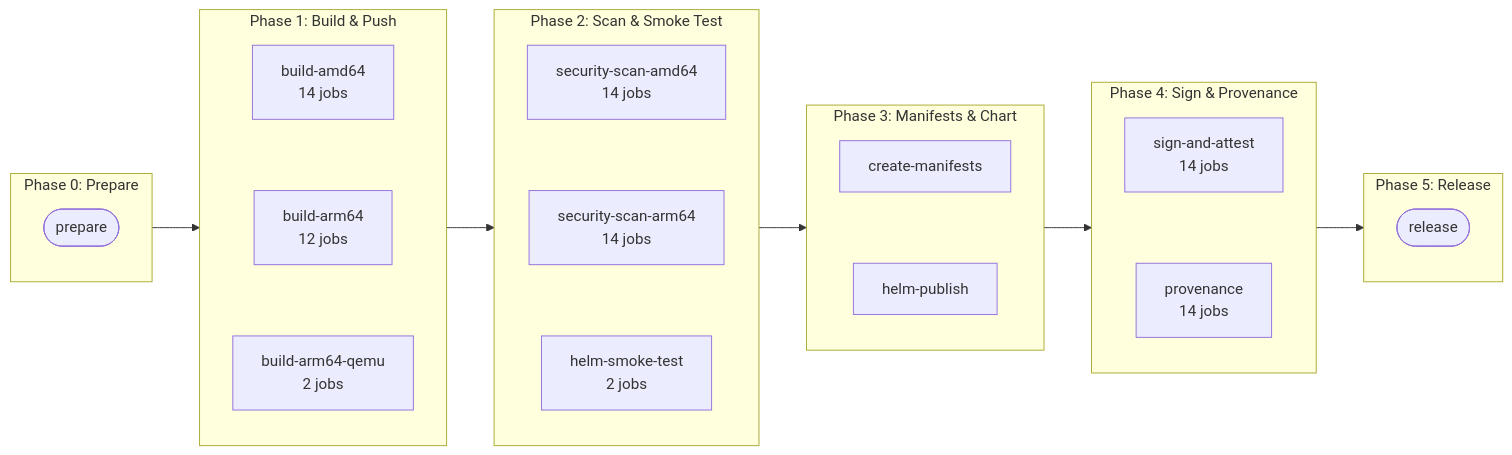
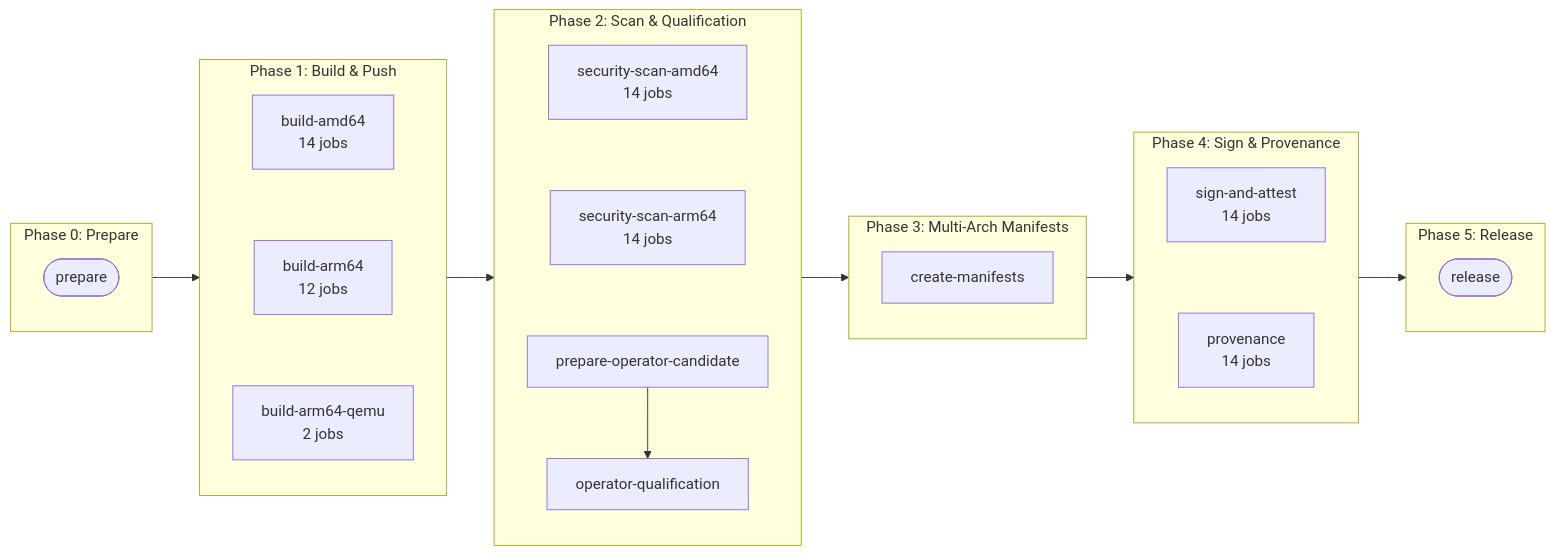
One commit to jordigilh/kubernaut changed the second of 2 diagrams in docs/development/release/RELEASE_GUIDE.md. Above: the diagram before and after it, drawn with Mermaid. The commit also changed other lines of this file and 20 other files, not shown here.

````diff
--- a/docs/development/release/RELEASE_GUIDE.md
+++ b/docs/development/release/RELEASE_GUIDE.md
@@ -434,42 +431,42 @@
 ```mermaid
 flowchart LR
     subgraph P0["Phase 0: Prepare"]
         prepare(["prepare"])
     end
 
     subgraph P1["Phase 1: Build & Push"]
         direction TB
         buildamd64["build-amd64\n14 jobs"]
         buildarm64["build-arm64\n12 jobs"]
         buildarm64qemu["build-arm64-qemu\n2 jobs"]
         buildamd64 ~~~ buildarm64 ~~~ buildarm64qemu
     end
 
-    subgraph P2["Phase 2: Scan & Smoke Test"]
+    subgraph P2["Phase 2: Scan & Qualification"]
         direction TB
         scanamd64["security-scan-amd64\n14 jobs"]
         scanarm64["security-scan-arm64\n14 jobs"]
-        smoketest["helm-smoke-test\n2 jobs"]
-        scanamd64 ~~~ scanarm64 ~~~ smoketest
+        candidate["prepare-operator-candidate"]
+        qualification["operator-qualification"]
+        candidate --> qualification
+        scanamd64 ~~~ scanarm64 ~~~ candidate
     end
 
-    subgraph P3["Phase 3: Manifests & Chart"]
+    subgraph P3["Phase 3: Multi-Arch Manifests"]
         direction TB
         manifests["create-manifests"]
-        helmpublish["helm-publish"]
-        manifests ~~~ helmpublish
     end
 
     subgraph P4["Phase 4: Sign & Provenance"]
         direction TB
         signattest["sign-and-attest\n14 jobs"]
         provenance["provenance\n14 jobs"]
         signattest ~~~ provenance
     end
 
     subgraph P5["Phase 5: Release"]
         release(["release"])
     end
 
     P0 --> P1 --> P2 --> P3 --> P4 --> P5
 ```
````
